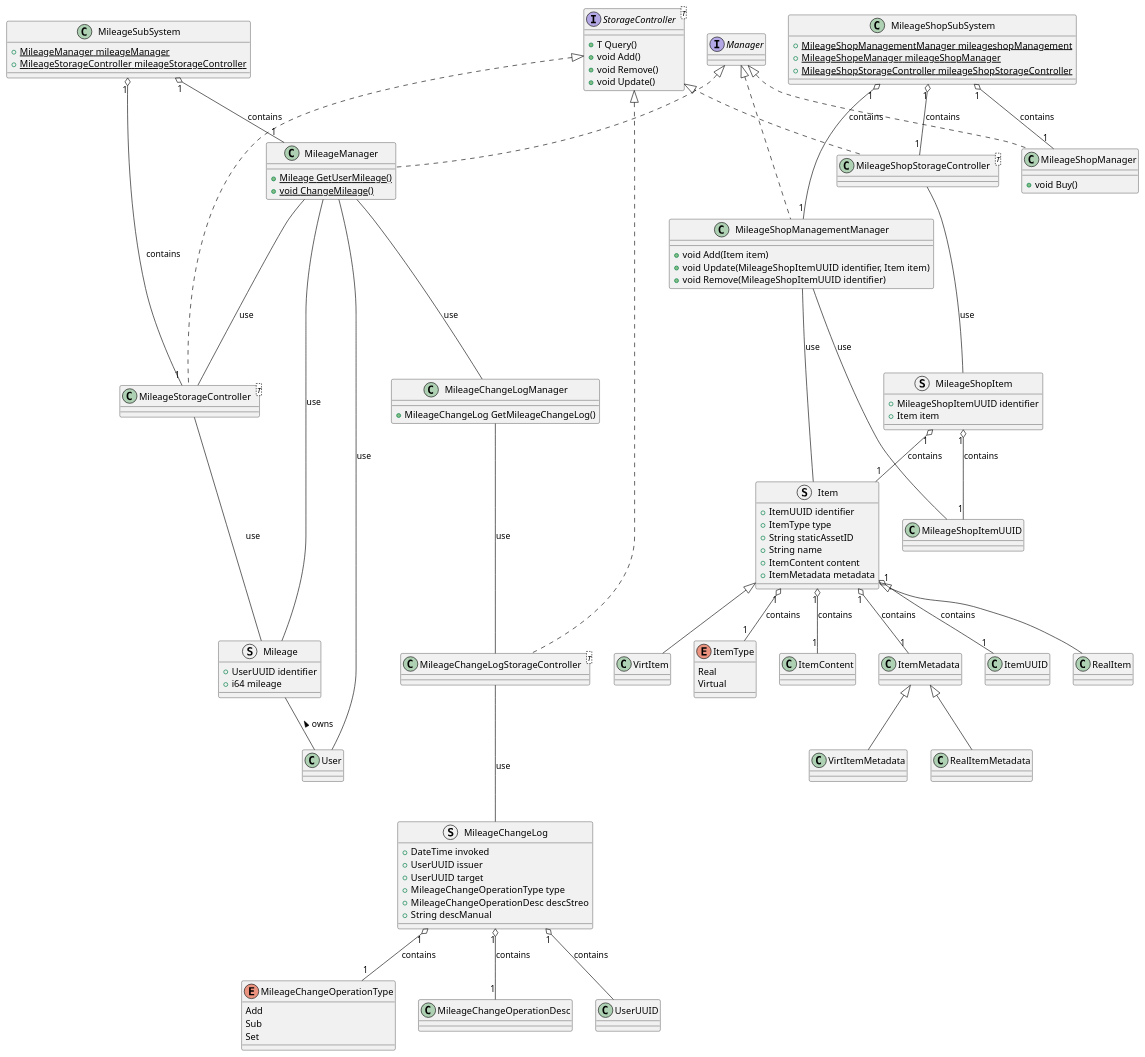
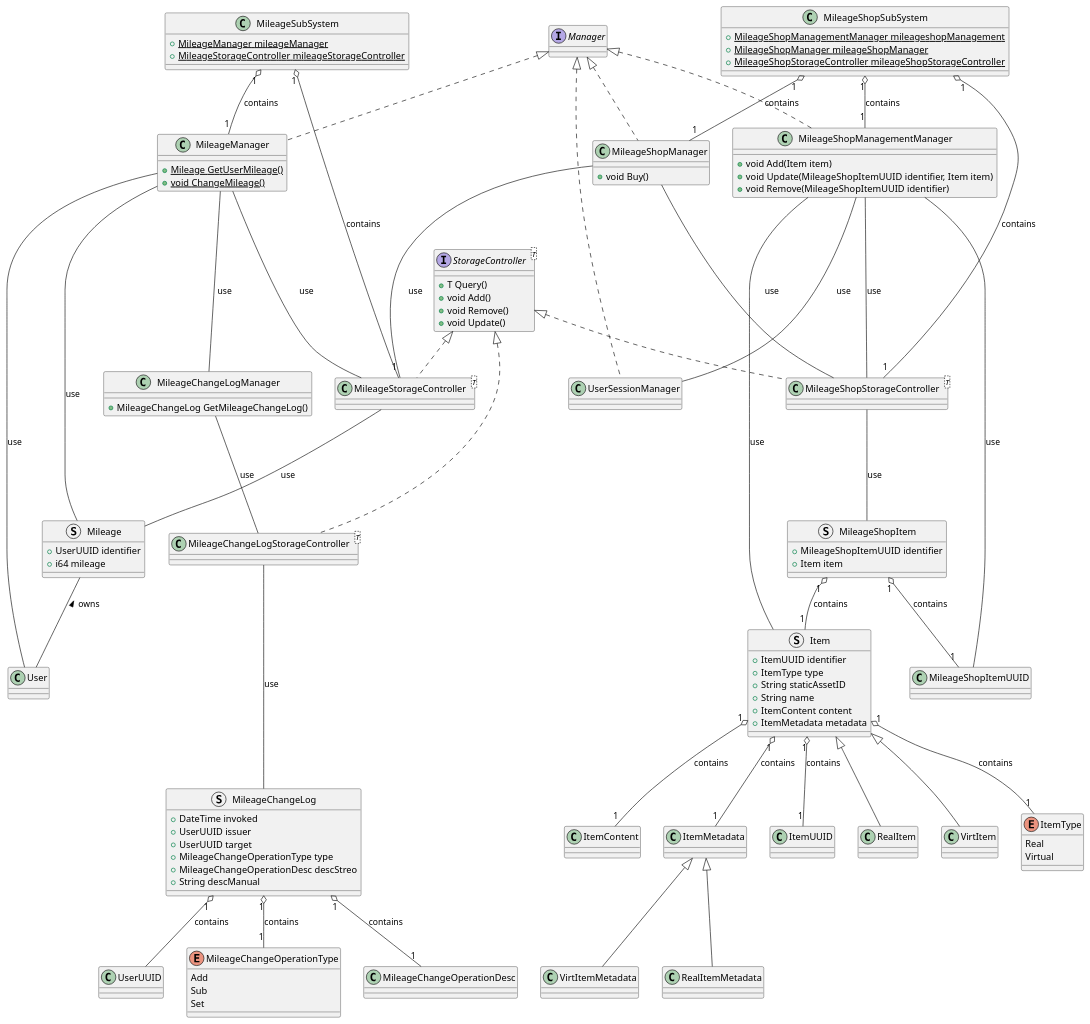
The diagram in src/Mileage.puml (ShapeLayer/se-lecture-task__project-structure-definitions), drawn with PlantUML before and after one commit. The commit also changed 8 other files, not shown here.

```diff
--- a/src/Mileage.puml
+++ b/src/Mileage.puml
@@ -1,131 +1,137 @@
 @startuml
 ' Commons
 Interface Manager
 Interface StorageController<T> {
     + T Query()
     + void Add()
     + void Remove()
     + void Update()
 }
 
 enum ItemType {
     Real
     Virtual
 }
 
 class ItemContent {}
 class ItemMetadata {}
 class RealItemMetadata extends ItemMetadata {}
 class VirtItemMetadata extends ItemMetadata {}
 
 struct Item {
     + ItemUUID identifier
     + ItemType type
     + String staticAssetID
     + String name
     + ItemContent content
     + ItemMetadata metadata
 }
 
 Item "1" o-- "1" ItemUUID : contains
 Item "1" o-- "1" ItemType : contains
 Item "1" o-- "1" ItemContent : contains
 Item "1" o-- "1" ItemMetadata : contains
 
 class RealItem extends Item {}
 class VirtItem extends Item {}
 
 struct Mileage {
     + UserUUID identifier
     + i64 mileage
 }
 
 Mileage -- User : < owns
 
 ' Mileage SubSystem
 
 enum MileageChangeOperationType {
     Add
     Sub
     Set
 }
 
 class MileageChangeOperationDesc {}
 
 struct MileageChangeLog {
     + DateTime invoked
     + UserUUID issuer
     + UserUUID target
     + MileageChangeOperationType type
     + MileageChangeOperationDesc descStreo
     + String descManual
 }
 
 MileageChangeLog "1" o-- UserUUID : contains
 MileageChangeLog "1" o-- "1" MileageChangeOperationType : contains
 MileageChangeLog "1" o-- "1" MileageChangeOperationDesc : contains
 
 class MileageManager implements Manager {
     + {static} Mileage GetUserMileage()
     + {static} void ChangeMileage()
 }
 
 MileageManager --- User : use
 MileageManager --- Mileage : use
 MileageManager --- MileageChangeLogManager : use
 MileageManager --- MileageStorageController : use
 
 class MileageChangeLogManager {
     + MileageChangeLog GetMileageChangeLog()
 }
 
 MileageChangeLogManager --- MileageChangeLogStorageController : use
 
 class MileageChangeLogStorageController<T> implements StorageController {}
 MileageChangeLogStorageController --- MileageChangeLog : use
 
 class MileageStorageController<T> implements StorageController{}
 MileageStorageController --- Mileage : use
 
 class MileageSubSystem {
     + {static} MileageManager mileageManager
     + {static} MileageStorageController mileageStorageController
 }
 
 MileageSubSystem "1" o-- "1" MileageManager : contains
 MileageSubSystem "1" o-- "1" MileageStorageController : contains
 
 ' MileageShop SubSystem
 struct MileageShopItem {
     + MileageShopItemUUID identifier
     + Item item
 }
 
 MileageShopItem "1" o-- "1" MileageShopItemUUID : contains
 MileageShopItem "1" o-- "1" Item : contains
 
 class MileageShopManager implements Manager {
     + void Buy()
 }
+MileageShopManager --- MileageShopStorageController : use
+MileageShopManager --- MileageStorageController : use
 
 class MileageShopManagementManager implements Manager {
     + void Add(Item item)
     + void Update(MileageShopItemUUID identifier, Item item)
     + void Remove(MileageShopItemUUID identifier)
 }
 
+class UserSessionManager implements Manager {}
+
 MileageShopManagementManager --- Item : use
 MileageShopManagementManager --- MileageShopItemUUID : use
+MileageShopManagementManager --- UserSessionManager : use
+MileageShopManagementManager --- MileageShopStorageController : use
 
 class MileageShopStorageController<T> implements StorageController {}
 MileageShopStorageController --- MileageShopItem : use
 
 class MileageShopSubSystem {
     + {static} MileageShopManagementManager mileageshopManagement
-    + {static} MileageShopeManager mileageShopManager
+    + {static} MileageShopManager mileageShopManager
     + {static} MileageShopStorageController mileageShopStorageController
 }
 MileageShopSubSystem "1" o-- "1" MileageShopManagementManager : contains
 MileageShopSubSystem "1" o-- "1" MileageShopManager : contains
 MileageShopSubSystem "1" o-- "1" MileageShopStorageController : contains
 @enduml
```
